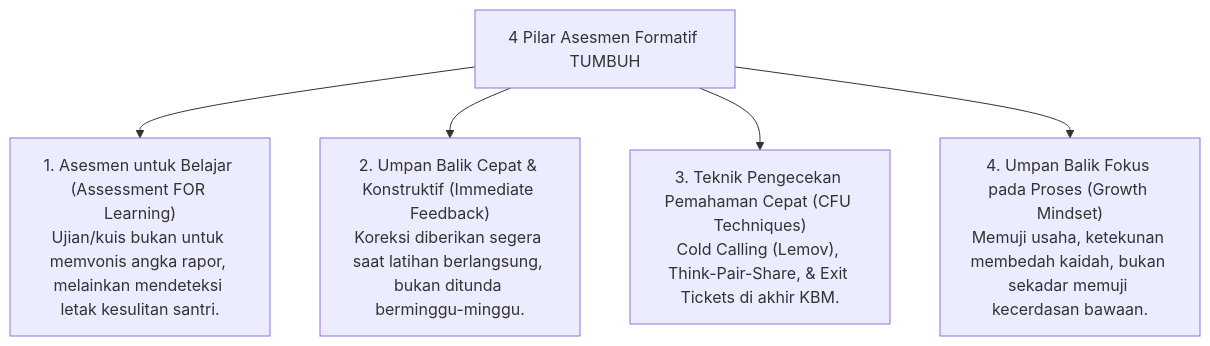
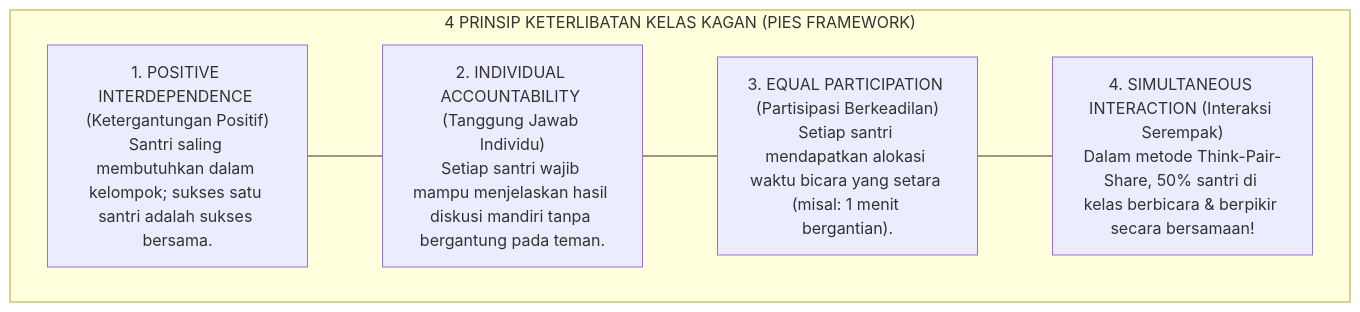
The third of 7 diagrams in 02 Principles/03 Learning Principles/P2-03-04-Prinsip-Didaktik-Interaktif-dan-Asesmen-Formatif.md (wandiapriliyandi/tumbuh), drawn with Mermaid before and after one commit. The commit also changed other lines of this file and 42 other files, not shown here.

````diff
--- a/02 Principles/03 Learning Principles/P2-03-04-Prinsip-Didaktik-Interaktif-dan-Asesmen-Formatif.md
+++ b/02 Principles/03 Learning Principles/P2-03-04-Prinsip-Didaktik-Interaktif-dan-Asesmen-Formatif.md
@@ -19,9 +99,14 @@
 ```mermaid
 graph TD
-    Formatif["4 Pilar Asesmen Formatif TUMBUH"]
-    
-    Formatif --> P1["1. Asesmen untuk Belajar (Assessment FOR Learning)<br/>Ujian/kuis bukan untuk memvonis angka rapor, melainkan mendeteksi letak kesulitan santri."]
-    Formatif --> P2["2. Umpan Balik Cepat & Konstruktif (Immediate Feedback)<br/>Koreksi diberikan segera saat latihan berlangsung, bukan ditunda berminggu-minggu."]
-    Formatif --> P3["3. Teknik Pengecekan Pemahaman Cepat (CFU Techniques)<br/>Cold Calling (Lemov), Think-Pair-Share, & Exit Tickets di akhir KBM."]
-    Formatif --> P4["4. Umpan Balik Fokus pada Proses (Growth Mindset)<br/>Memuji usaha, ketekunan membedah kaidah, bukan sekadar memuji kecerdasan bawaan."]
+    subgraph EmpatPilarPIESKagan["4 PRINSIP KETERLIBATAN KELAS KAGAN (PIES FRAMEWORK)"]
+        P["1. POSITIVE INTERDEPENDENCE (Ketergantungan Positif)<br/>Santri saling membutuhkan dalam kelompok; sukses satu santri adalah sukses bersama."]
+        
+        I["2. INDIVIDUAL ACCOUNTABILITY (Tanggung Jawab Individu)<br/>Setiap santri wajib mampu menjelaskan hasil diskusi mandiri tanpa bergantung pada teman."]
+        
+        E["3. EQUAL PARTICIPATION (Partisipasi Berkeadilan)<br/>Setiap santri mendapatkan alokasi waktu bicara yang setara (misal: 1 menit bergantian)."]
+        
+        S["4. SIMULTANEOUS INTERACTION (Interaksi Serempak)<br/>Dalam metode Think-Pair-Share, 50% santri di kelas berbicara & berpikir secara bersamaan!"]
+        
+        P --- I --- E --- S
+    end
 ```
````
